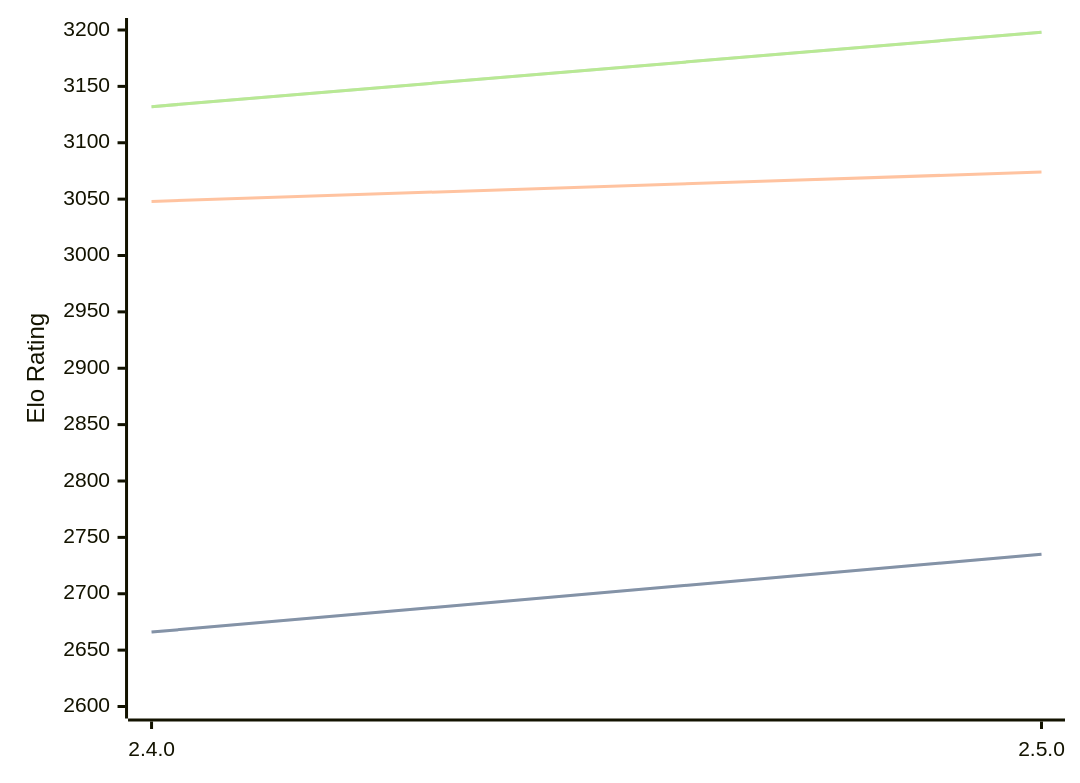
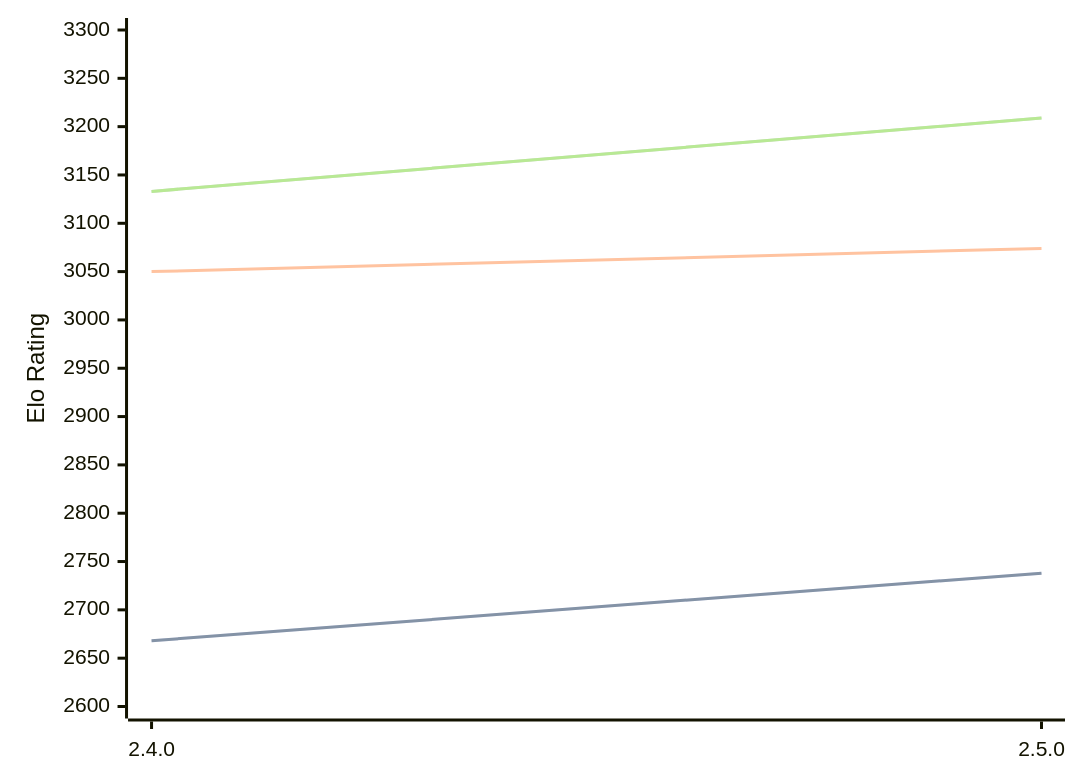
One commit to computer-chess-index/cci changed the diagram in engines/Sturddle2.md. Above: the diagram before and after it, drawn with Mermaid. The commit also changed other lines of this file, not shown here.

Commit message:
Update CCI Ratings (ELO VLTC) - 2026-02-20

````diff
--- a/engines/Sturddle2.md
+++ b/engines/Sturddle2.md
@@ -34,11 +34,11 @@
 ```mermaid
 %%{init: {"theme":"base","themeVariables":{"seriesColors:['#a3a3a3','#222221','#faa371']}}}%%
 xychart-beta
   x-axis ["2.4.0", "2.5.0"]
-  y-axis "Elo Rating" 2600 --> 3200
-  line "STC (8.0+0.08s)" [2666, 2735]
-  line "STC (8.0+0.08s)" [2666, 2735]
-  line "LTC (60.0+0.60s)" [3048, 3074]
-  line "VLTC (2m24s+1.12s)" [3132, 3198]
-  line "VLTC (2m24s+1.12s)" [3132, 3198]
+  y-axis "Elo Rating" 2600 --> 3300
+  line "STC (8.0+0.08s)" [2668, 2738]
+  line "STC (8.0+0.08s)" [2668, 2738]
+  line "LTC (60.0+0.60s)" [3050, 3074]
+  line "VLTC (2m24s+1.12s)" [3133, 3209]
+  line "VLTC (2m24s+1.12s)" [3133, 3209]
 ```
````
